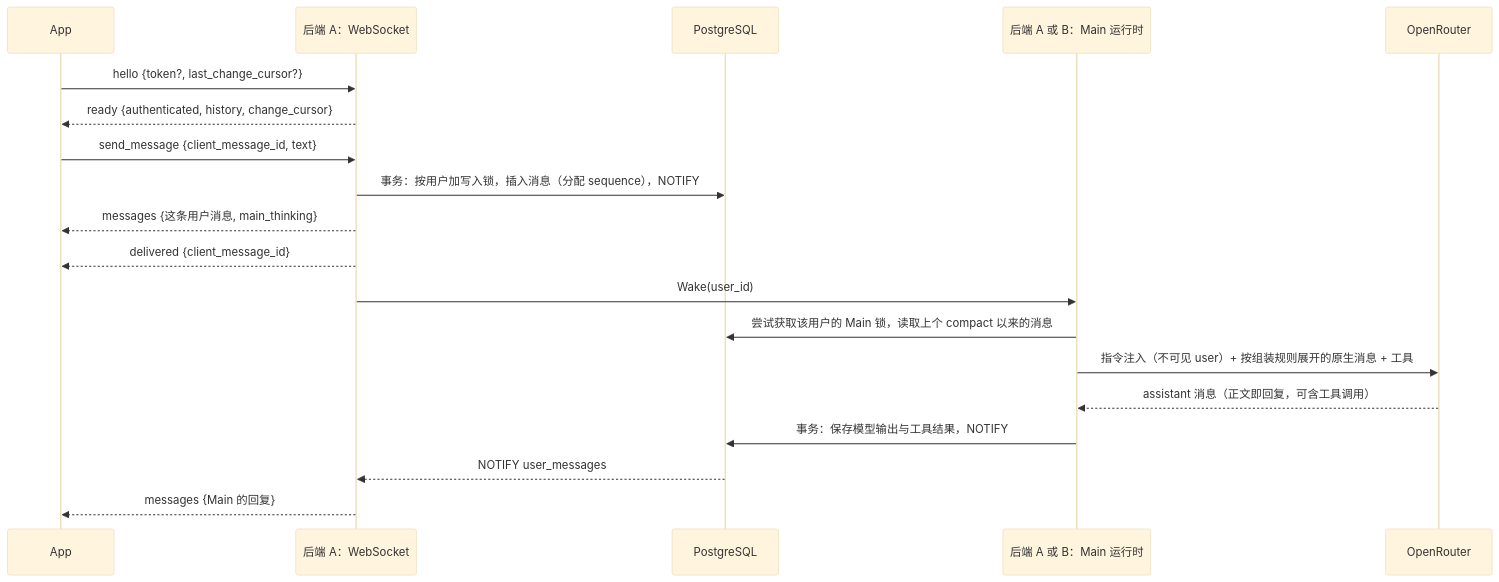
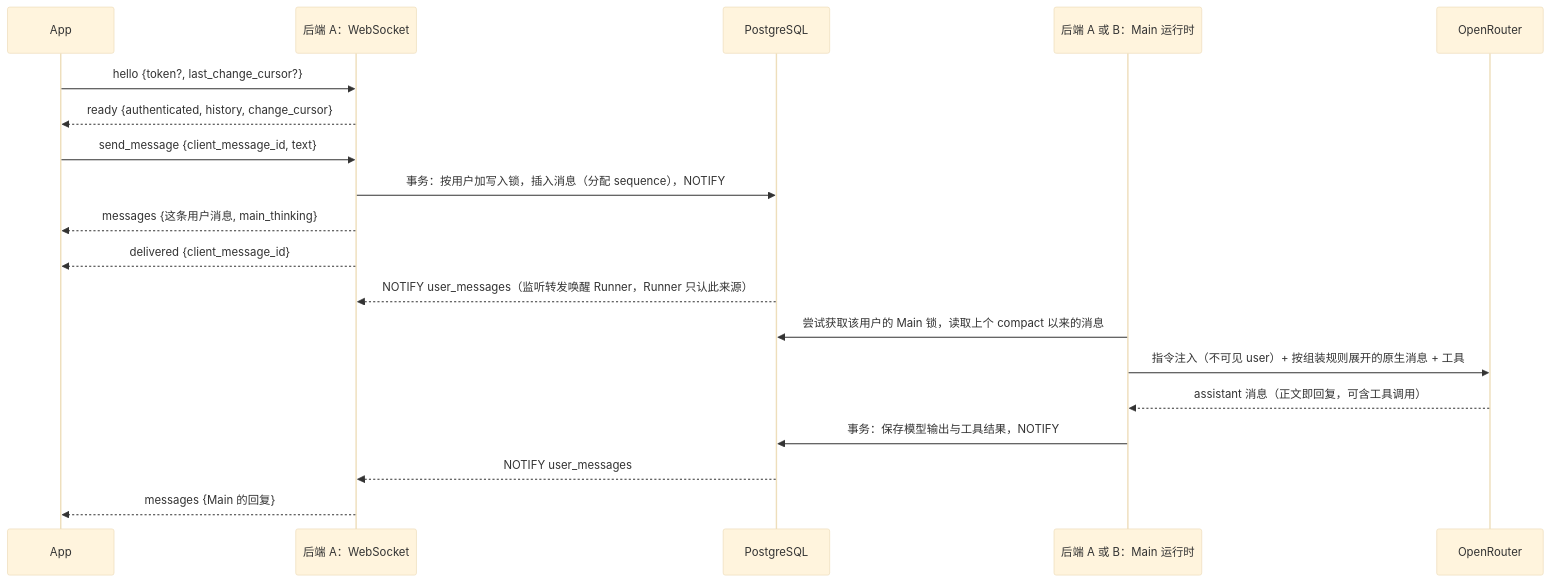
Before and after one commit to OmniNetOpensource/aether-personal: the diagram in docs/wiki/04-messaging.md, drawn with Mermaid (base theme). The commit also changed other lines of this file and 9 other files, not shown here.

````diff
--- a/docs/wiki/04-messaging.md
+++ b/docs/wiki/04-messaging.md
@@ -34,22 +34,22 @@
 ```mermaid
 sequenceDiagram
     participant App
     participant WS as 后端 A：WebSocket
     participant DB as PostgreSQL
     participant Runner as 后端 A 或 B：Main 运行时
     participant Model as OpenRouter
 
     App->>WS: hello {token?, last_change_cursor?}
     WS-->>App: ready {authenticated, history, change_cursor}
     App->>WS: send_message {client_message_id, text}
     WS->>DB: 事务：按用户加写入锁，插入消息（分配 sequence），NOTIFY
     WS-->>App: messages {这条用户消息, main_thinking}
     WS-->>App: delivered {client_message_id}
-    WS->>Runner: Wake(user_id)
+    DB-->>WS: NOTIFY user_messages（监听转发唤醒 Runner，Runner 只认此来源）
     Runner->>DB: 尝试获取该用户的 Main 锁，读取上个 compact 以来的消息
     Runner->>Model: 指令注入（不可见 user）+ 按组装规则展开的原生消息 + 工具
     Model-->>Runner: assistant 消息（正文即回复，可含工具调用）
     Runner->>DB: 事务：保存模型输出与工具结果，NOTIFY
     DB-->>WS: NOTIFY user_messages
     WS-->>App: messages {Main 的回复}
 ```
````
